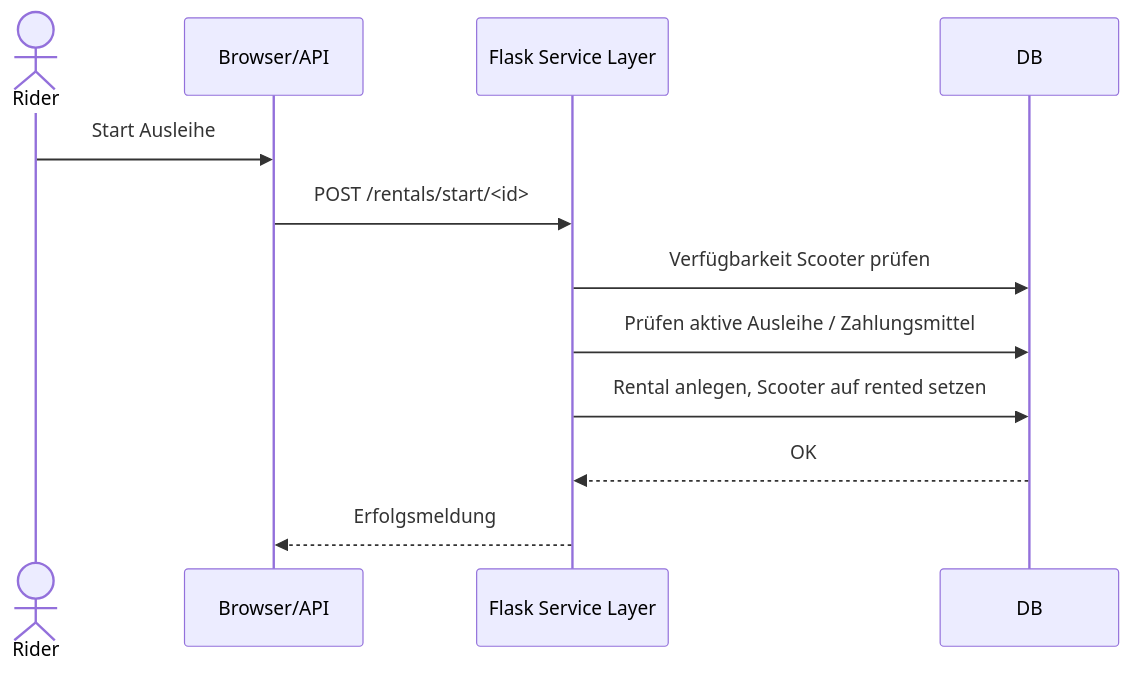
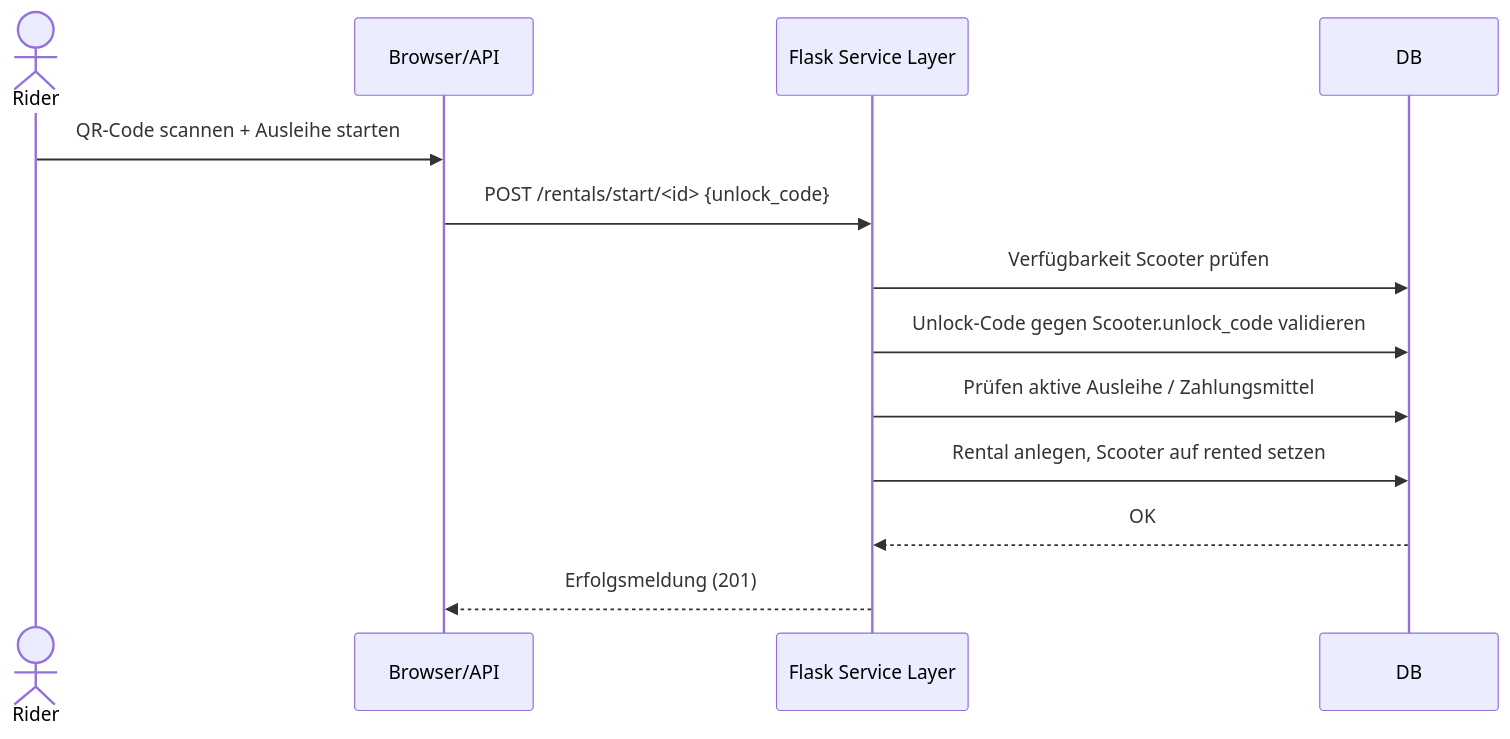
One commit to mogomes/e-mobility changed the third of 5 diagrams in docs/architecture.md. Above: the diagram before and after it, drawn with Mermaid. The commit also changed 15 other files, not shown here.

````diff
--- a/docs/architecture.md
+++ b/docs/architecture.md
@@ -98,14 +98,15 @@
 ```mermaid
 sequenceDiagram
     actor Rider
     participant BrowserOrAPI as Browser/API
     participant Flask as Flask Service Layer
     participant DB
-    Rider->>BrowserOrAPI: Start Ausleihe
-    BrowserOrAPI->>Flask: POST /rentals/start/<id>
+    Rider->>BrowserOrAPI: QR-Code scannen + Ausleihe starten
+    BrowserOrAPI->>Flask: POST /rentals/start/<id> {unlock_code}
     Flask->>DB: Verfügbarkeit Scooter prüfen
+    Flask->>DB: Unlock-Code gegen Scooter.unlock_code validieren
     Flask->>DB: Prüfen aktive Ausleihe / Zahlungsmittel
     Flask->>DB: Rental anlegen, Scooter auf rented setzen
     DB-->>Flask: OK
-    Flask-->>BrowserOrAPI: Erfolgsmeldung
+    Flask-->>BrowserOrAPI: Erfolgsmeldung (201)
 ```
````
